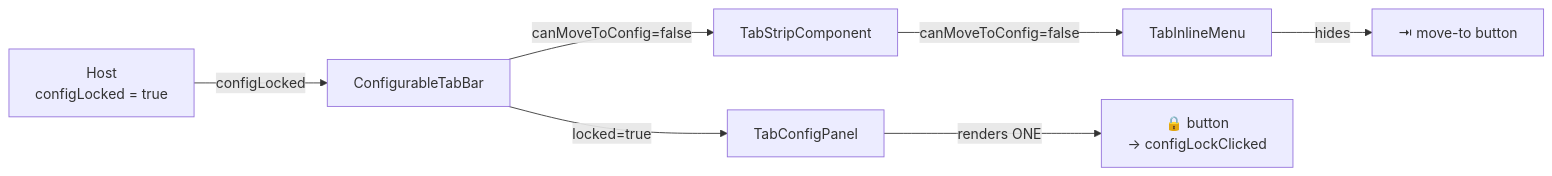
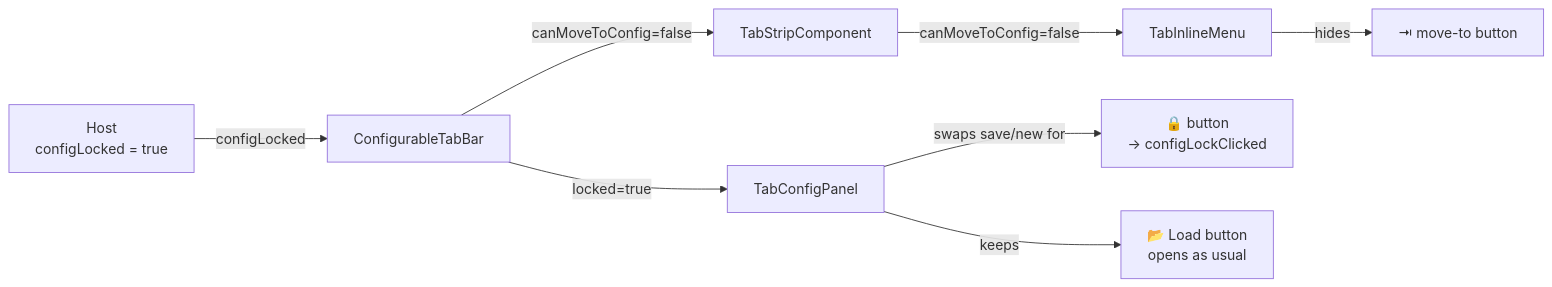
The ninth of 12 diagrams in apps/frontend-webapp/src/app/shared/configurable-tab-bar/README.md (hugoheynard/SH3PERD), drawn with Mermaid before and after one commit. The commit also changed other lines of this file and 1 other file, not shown here.

First line of the commit message:
docs(tab-bar): sync README + TODO with config-count quota + partial lock

````diff
--- a/apps/frontend-webapp/src/app/shared/configurable-tab-bar/README.md
+++ b/apps/frontend-webapp/src/app/shared/configurable-tab-bar/README.md
@@ -322,15 +322,16 @@
 ```mermaid
 flowchart LR
   Host[Host<br/>configLocked = true]
   Bar[ConfigurableTabBar]
   Panel[TabConfigPanel]
   Strip[TabStripComponent]
   Menu[TabInlineMenu]
 
   Host -- configLocked --> Bar
   Bar -- locked=true --> Panel
-  Panel -- renders ONE --> Lock1[🔒 button<br/>→ configLockClicked]
+  Panel -- swaps save/new for --> Lock1[🔒 button<br/>→ configLockClicked]
+  Panel -- keeps --> Load[📂 Load button<br/>opens as usual]
   Bar -- canMoveToConfig=false --> Strip
   Strip -- canMoveToConfig=false --> Menu
   Menu -- hides --> MoveBtn[⇥ move-to button]
 ```
````
